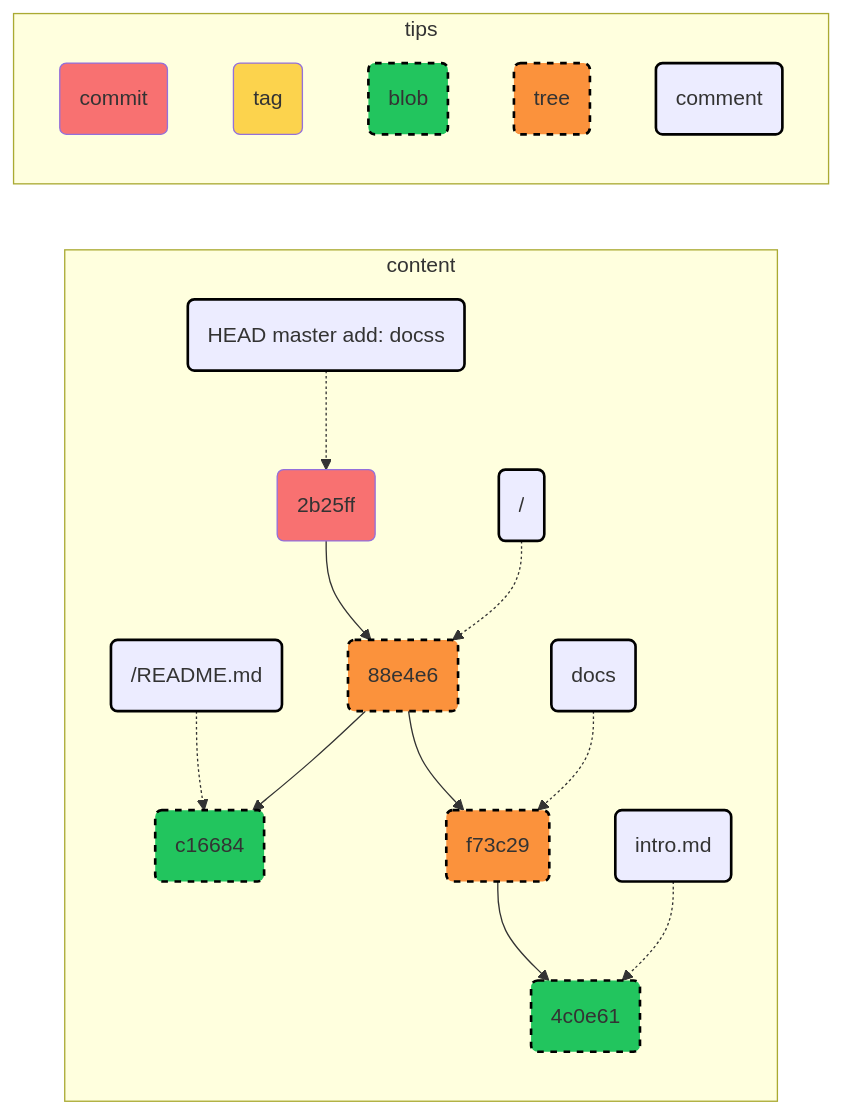
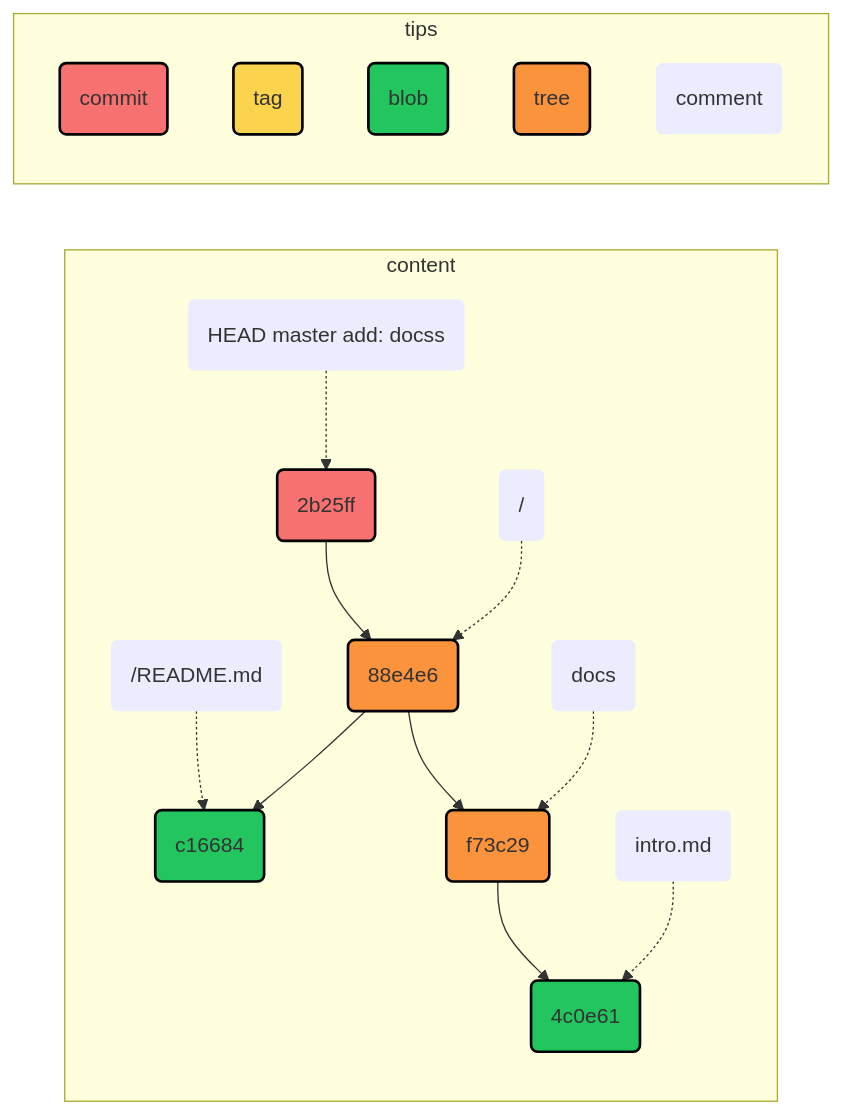
Before and after one commit to rainbowatcher/rainbowatcher.github.io: the first of 2 diagrams in posts/2022/git-objects.md, drawn with Mermaid. The commit also changed other lines of this file, not shown here.

````diff
--- a/posts/2022/git-objects.md
+++ b/posts/2022/git-objects.md
@@ -217,34 +219,34 @@
 ```mermaid
 flowchart LR
 
-classDef tree    fill:#fb923c,stroke:#000,stroke-width:2px,stroke-dasharray: 5 5;
-classDef blob    fill:#22c55e,stroke:#000,stroke-width:2px,stroke-dasharray: 5 5;
-classDef tag     fill:#fcd34d;
-classDef commit  fill:#f87171;
-classDef comment stroke:#000,stroke-width:2px;
+classDef tree    fill:#fb923c,stroke:#000,stroke-width:2px;
+classDef blob    fill:#22c55e,stroke:#000,stroke-width:2px;
+classDef tag     fill:#fcd34d,stroke:#000,stroke-width:2px;
+classDef commit  fill:#f87171,stroke:#000,stroke-width:2px;
+classDef comment stroke-width:0px;
 
 subgraph content
   root(88e4e6):::tree
   README(c16684):::blob
   docs(f73c29):::tree
   intro(4c0e61):::blob
   commit1(2b25ff):::commit
 
   D("/README.md"):::comment-.->README
   commit1-->root
   root-->docs & README
   docs-->intro
   A("HEAD master add: docss"):::comment-.->commit1
   B("/"):::comment-.->root
   C("docs"):::comment-.->docs
   E("intro.md"):::comment-.->intro
 end
 
 subgraph tips
   commit(commit):::commit
   tag(tag):::tag
   blob(blob):::blob
   tree(tree):::tree
   comment(comment):::comment
 end
 ```
````
